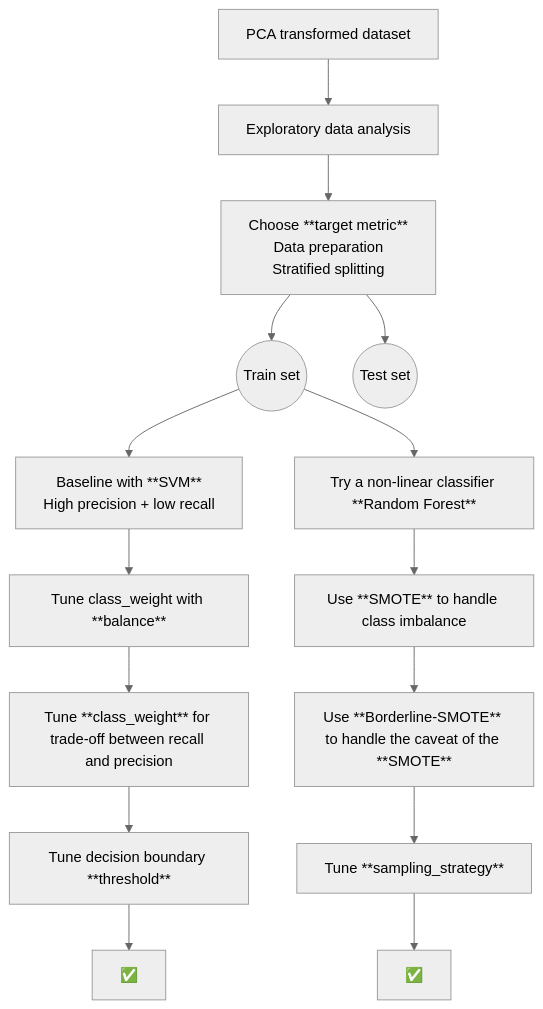
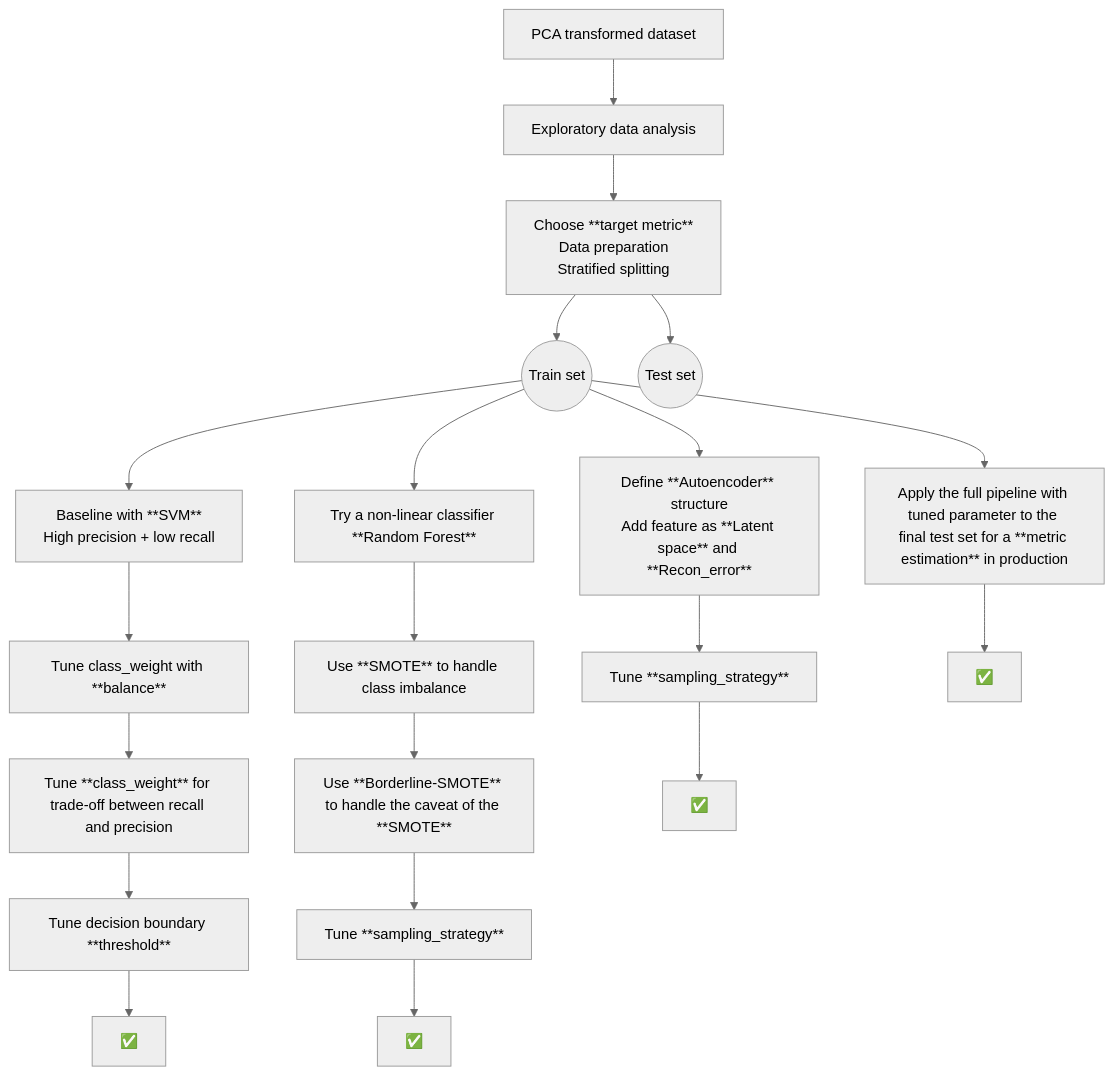
Before and after one commit to trungdung1711/credit-card-fraud-detection: the diagram in IDEA.md, drawn with Mermaid (neutral theme). The commit also changed 1 other file, not shown here.

Commit message:
feat: :art: choose the candidate and add the final evaluation model, update IDEA.md

````diff
--- a/IDEA.md
+++ b/IDEA.md
@@ -3,31 +3,43 @@
 ```mermaid
     graph TD
     0[PCA transformed dataset] --> 1[Exploratory data analysis] --> A
     A[
         Choose **target metric**
         Data preparation
         Stratified splitting
     ] --> B((Train set))
     A --> C((Test set))
     B --> D[
         Baseline with **SVM**
         High precision + low recall
     ]
     D --> E[Tune class_weight with **balance**]
 
     E --> F[Tune **class_weight** for trade-off between recall and precision]
 
     F --> G[Tune decision boundary **threshold**]
 
     G --> H[✅]
 
     B --> L[Try a non-linear classifier **Random Forest**]
 
     L --> M[Use **SMOTE** to handle class imbalance]
 
     M --> N[Use **Borderline-SMOTE** to handle the caveat of the **SMOTE**]
 
     N --> O[Tune **sampling_strategy**]
 
     O --> P[✅]
+
+    B --> Q[Define **Autoencoder** structure
+    Add feature as **Latent space** and **Recon_error**
+    ]
+
+    Q --> R[Tune **sampling_strategy**]
+
+    R --> S[✅]
+
+    B --> T[Apply the full pipeline with tuned parameter to the final test set for a **metric estimation** in production]
+
+    T --> V[✅]
 ```
````
